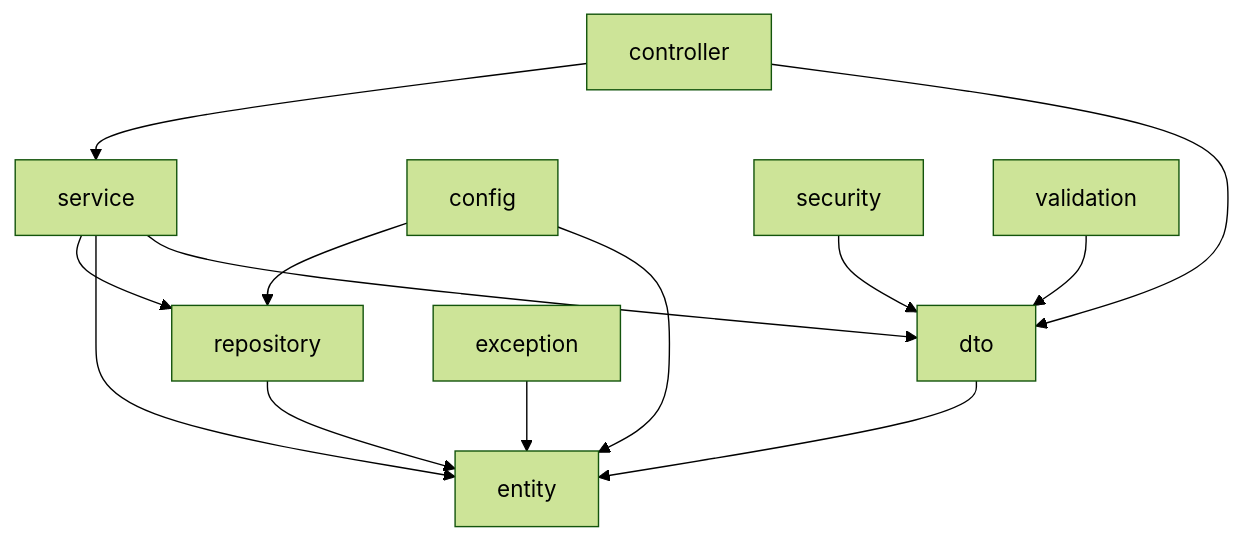
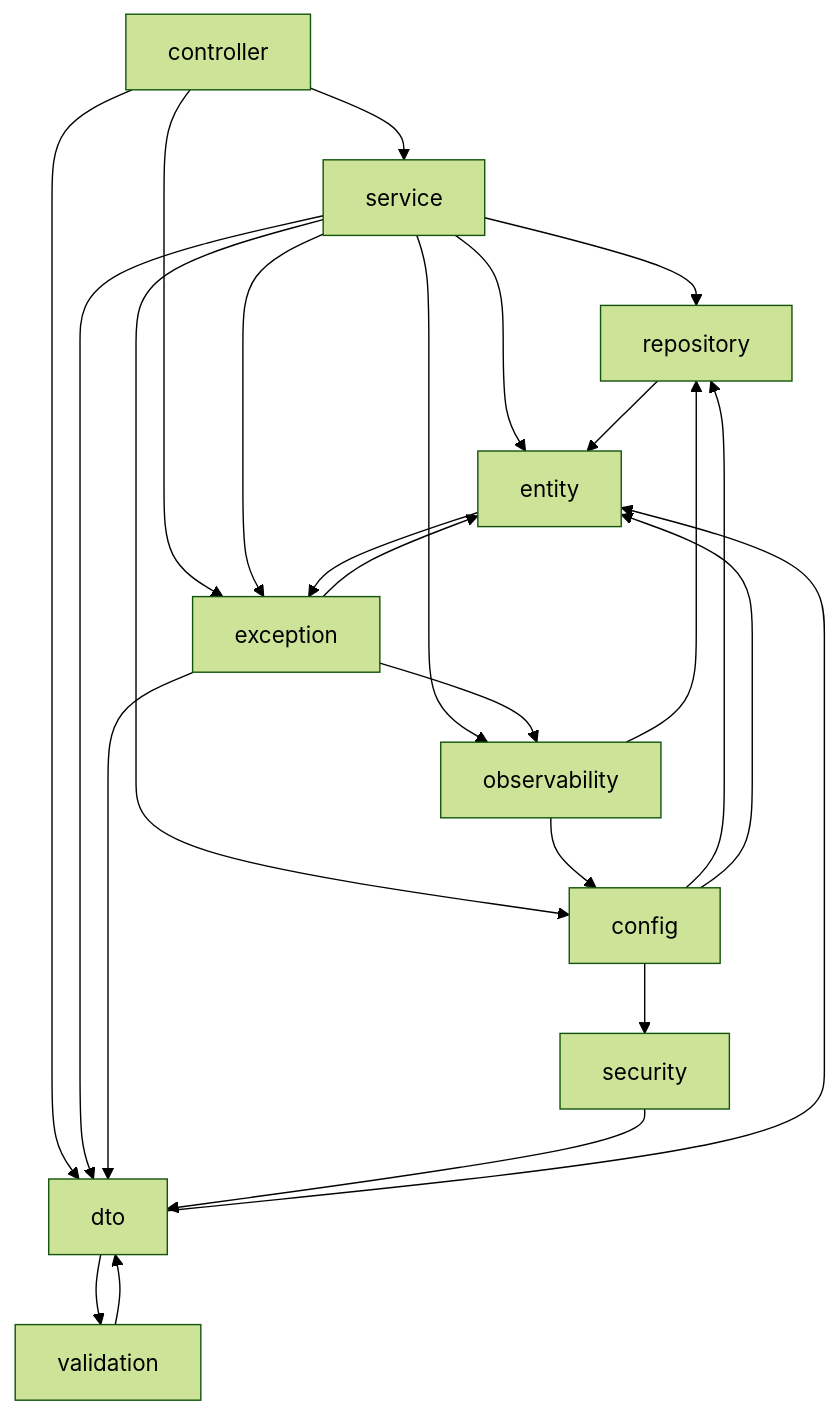
One commit to smit-lakhani-13/flight-ops-services changed the sixth of 7 diagrams in ARCHITECTURE.md. Above: the diagram before and after it, drawn with Mermaid (forest theme). The commit also changed other lines of this file and 28 other files, not shown here.

````diff
--- a/ARCHITECTURE.md
+++ b/ARCHITECTURE.md
@@ -458,15 +464,26 @@
 ```mermaid
 flowchart TD
     controller --> service
     controller --> dto
+    controller --> exception
     service --> repository
     service --> entity
     service --> dto
+    service --> exception
+    service --> config
+    service --> observability
     repository --> entity
     dto --> entity
+    dto --> validation
+    entity --> exception
     exception --> entity
+    exception --> dto
+    exception --> observability
     config --> repository
     config --> entity
+    config --> security
+    observability --> config
+    observability --> repository
     security --> dto
     validation --> dto
 ```
````
